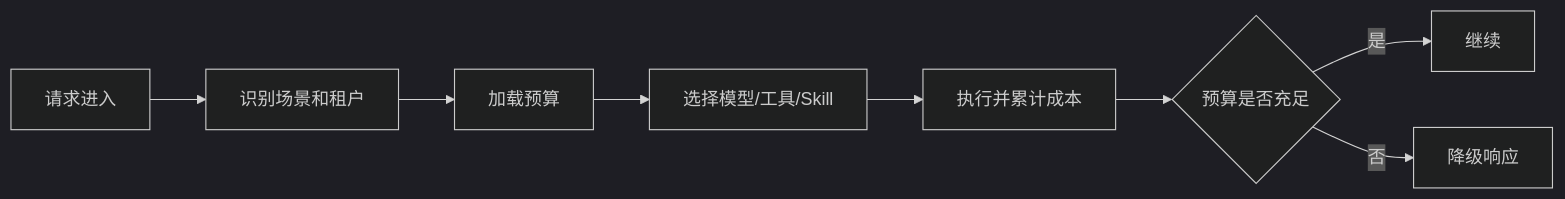
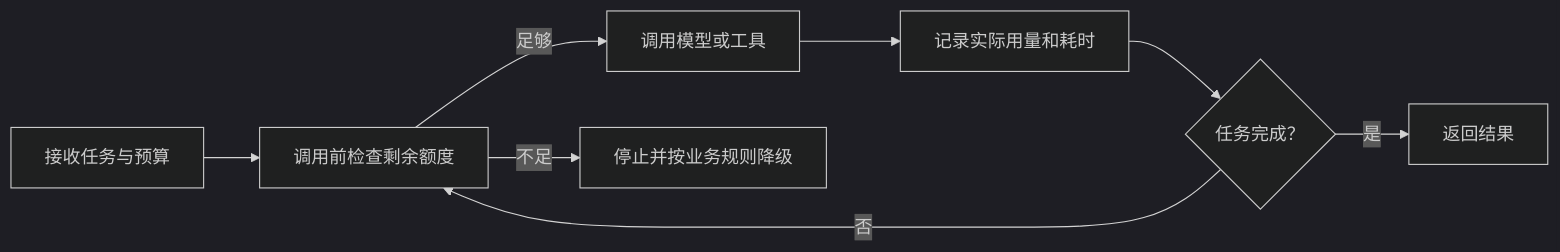
One commit to GuoWWWX/knowledge-base changed the diagram in 10-AI应用开发/05-Agent-MCP-Skills/22-Agent成本控制与降级.md. Above: the diagram before and after it, drawn with Mermaid (dark theme). The commit also changed other lines of this file and 368 other files, not shown here.

````diff
--- a/10-AI应用开发/05-Agent-MCP-Skills/22-Agent成本控制与降级.md
+++ b/10-AI应用开发/05-Agent-MCP-Skills/22-Agent成本控制与降级.md
@@ -51,10 +35,10 @@
 ```mermaid
 flowchart LR
-    A[请求进入] --> B[识别场景和租户]
-    B --> C[加载预算]
-    C --> D[选择模型/工具/Skill]
-    D --> E[执行并累计成本]
-    E --> F{预算是否充足}
-    F -->|是| G[继续]
-    F -->|否| H[降级响应]
+    A["接收任务与预算"] --> B["调用前检查剩余额度"]
+    B -->|足够| C["调用模型或工具"]
+    C --> D["记录实际用量和耗时"]
+    D --> E{"任务完成？"}
+    E -->|否| B
+    E -->|是| F["返回结果"]
+    B -->|不足| G["停止并按业务规则降级"]
 ```
````
